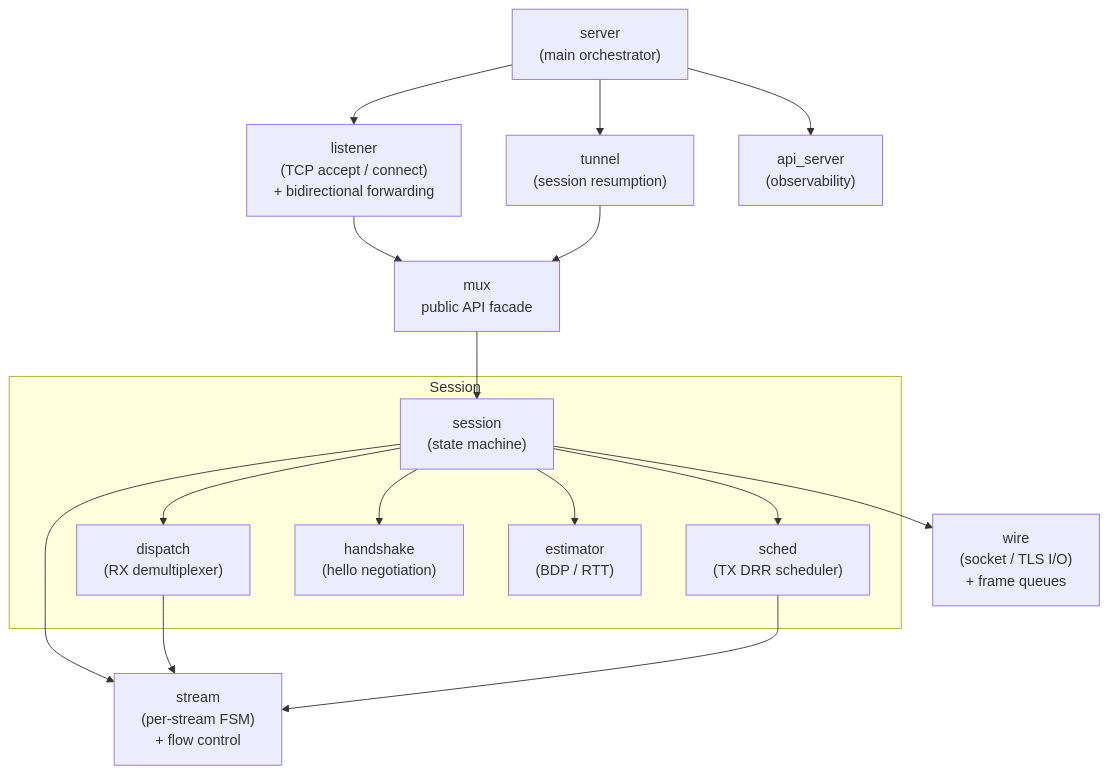
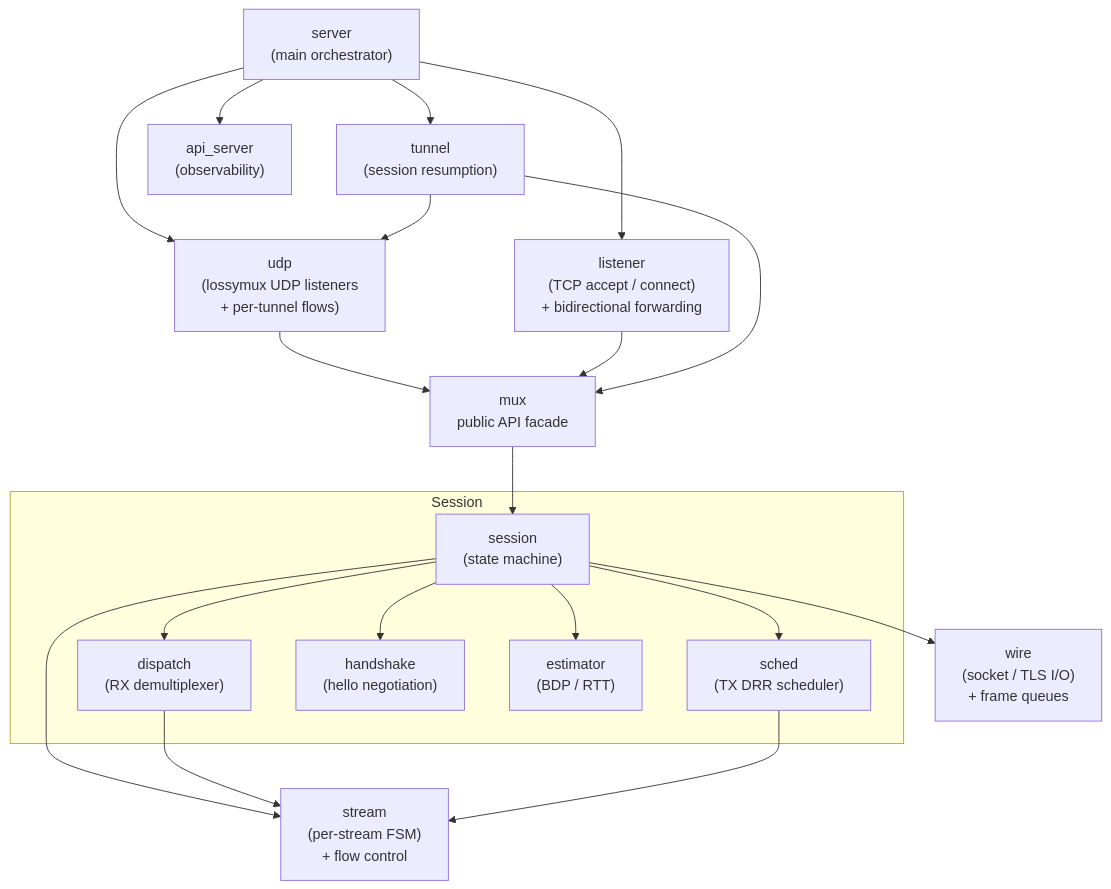
The first of 20 diagrams in doc/impl.md (hexian000/multiplexd), drawn with Mermaid before and after one commit. The commit also changed other lines of this file and 62 other files, not shown here.

First line of the commit message:
mux: add UDP relay and harden session lifecycle

````diff
--- a/doc/impl.md
+++ b/doc/impl.md
@@ -86,34 +91,38 @@
 ```mermaid
 graph TD
   SERVER["server\n(main orchestrator)"]
   LISTENER["listener\n(TCP accept / connect)\n+ bidirectional forwarding"]
   TUNNEL["tunnel\n(session resumption)"]
   API_SERVER["api_server\n(observability)"]
+  UDP["udp\n(lossymux UDP listeners\n+ per-tunnel flows)"]
   MUX["mux\npublic API facade"]
 
   subgraph session_grp["Session"]
     SESSION["session\n(state machine)"]
     DISPATCH["dispatch\n(RX demultiplexer)"]
     SCHED["sched\n(TX DRR scheduler)"]
     HANDSHAKE["handshake\n(hello negotiation)"]
     ESTIMATOR["estimator\n(BDP / RTT)"]
   end
 
   WIRE["wire\n(socket / TLS I/O)\n+ frame queues"]
   STREAM["stream\n(per-stream FSM)\n+ flow control"]
 
   SERVER --> LISTENER
   SERVER --> TUNNEL
   SERVER --> API_SERVER
+  SERVER --> UDP
+  TUNNEL --> UDP
+  UDP --> MUX
   LISTENER --> MUX
   TUNNEL --> MUX
   MUX --> SESSION
   SESSION --> DISPATCH
   SESSION --> SCHED
   SESSION --> HANDSHAKE
   SESSION --> ESTIMATOR
   SESSION --> WIRE
   SESSION --> STREAM
   DISPATCH --> STREAM
   SCHED --> STREAM
 ```
````
